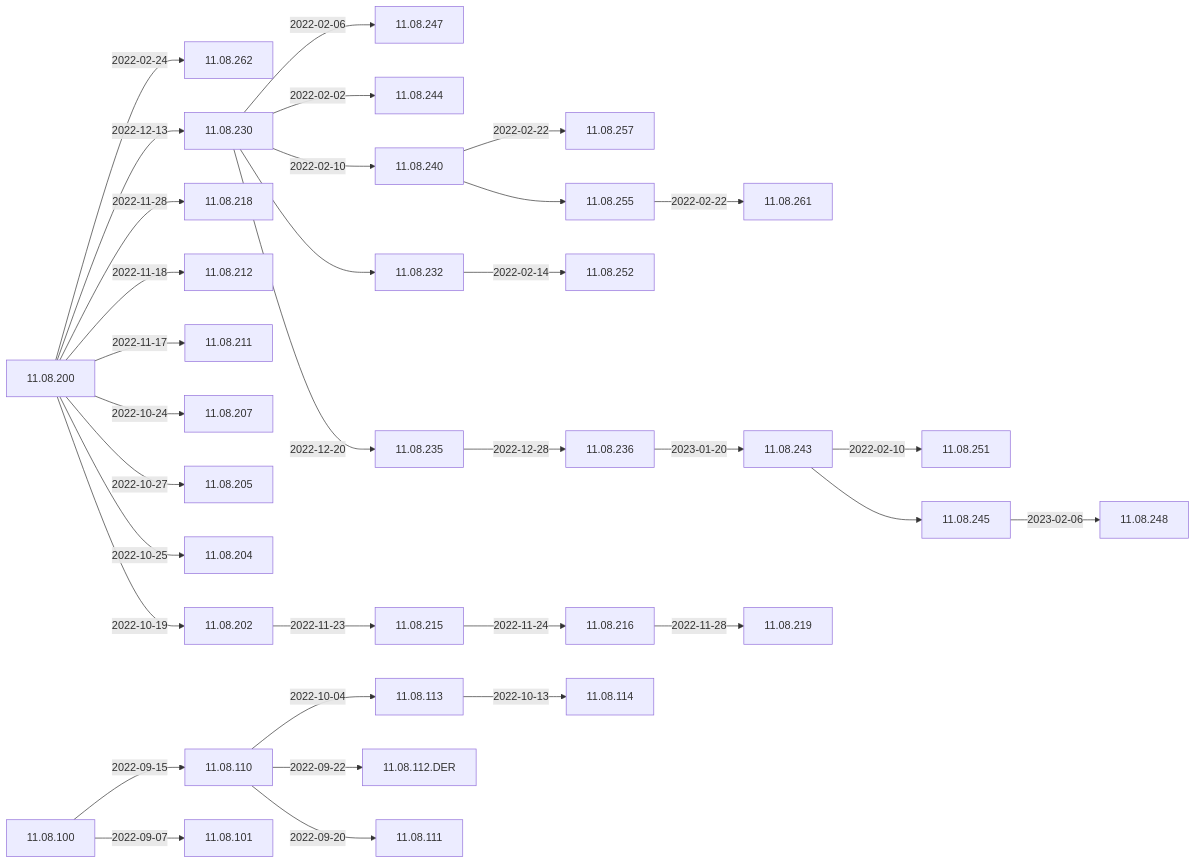
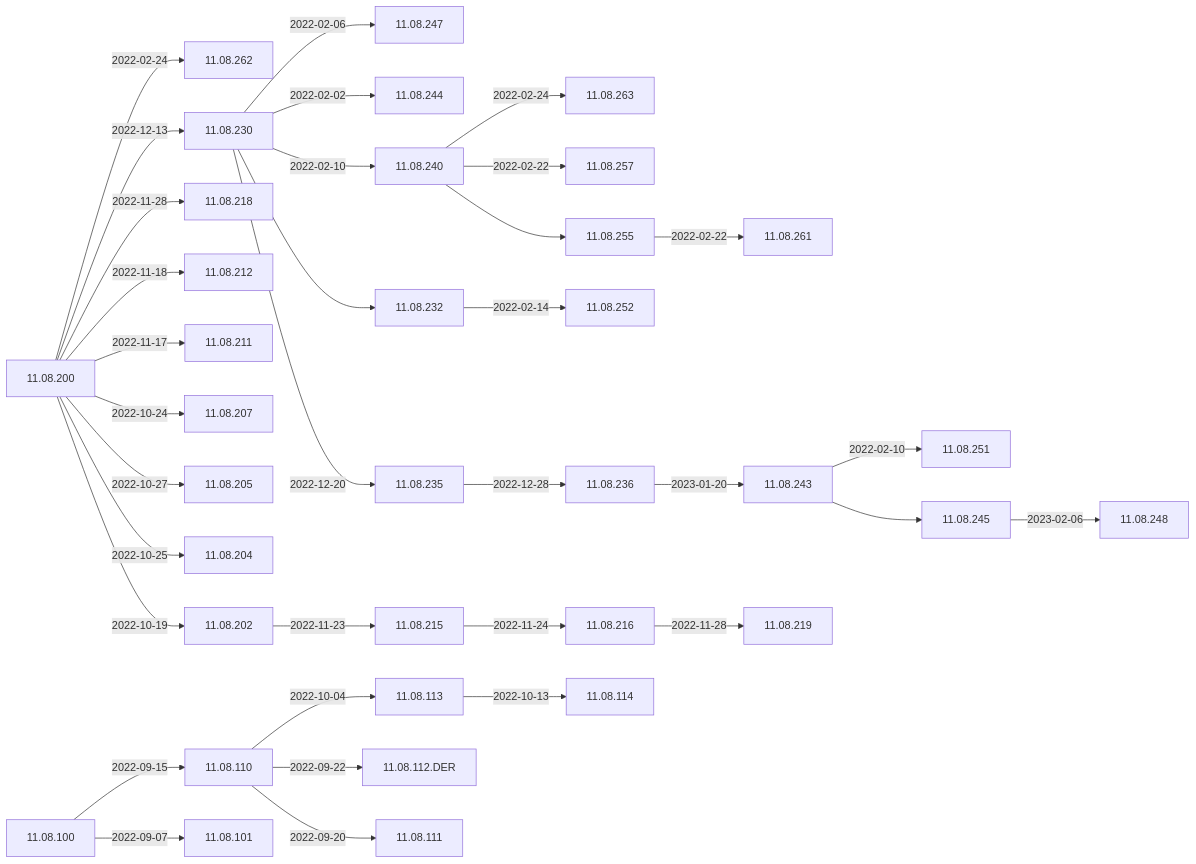
One commit to woydziak/IGEL-Docs changed the first of 3 diagrams in Docs/ReleaseNotes/01-OS11/README.md. Above: the diagram before and after it, drawn with Mermaid.

Commit message:
11.08.240 --> 11.08.263

````diff
--- a/Docs/ReleaseNotes/01-OS11/README.md
+++ b/Docs/ReleaseNotes/01-OS11/README.md
@@ -9,47 +9,49 @@
 ```mermaid
 flowchart LR
     11.08.200-- 2022-02-24 -->11.08.262
     11.08.243-- 2022-02-10 -->11.08.251
     11.08.230-- 2022-02-06 -->11.08.247
     11.08.230-- 2022-02-02 -->11.08.244
+    11.08.240-- 2022-02-24 -->11.08.263
     11.08.240-- 2022-02-22 -->11.08.257
     11.08.240-->11.08.255-- 2022-02-22 -->11.08.261
     11.08.230-- 2022-02-10 -->11.08.240
     11.08.230-->11.08.232-- 2022-02-14 -->11.08.252
     11.08.200-- 2022-12-13 -->11.08.230-- 2022-12-20 -->11.08.235-- 2022-12-28 -->11.08.236-- 2023-01-20 -->11.08.243-->11.08.245-- 2023-02-06 -->11.08.248
     11.08.200-- 2022-11-28 -->11.08.218
     11.08.200-- 2022-11-18 -->11.08.212
     11.08.200-- 2022-11-17 -->11.08.211
     11.08.200-- 2022-10-24 -->11.08.207
     11.08.200-- 2022-10-27 -->11.08.205
     11.08.200-- 2022-10-25 -->11.08.204
     11.08.200-- 2022-10-19 -->11.08.202-- 2022-11-23 -->11.08.215-- 2022-11-24 -->11.08.216-- 2022-11-28 -->11.08.219
     11.08.110-- 2022-10-04 -->11.08.113-- 2022-10-13 -->11.08.114
     11.08.110-- 2022-09-22 -->11.08.112.DER
     11.08.100-- 2022-09-15 -->11.08.110-- 2022-09-20 -->11.08.111
     11.08.100-- 2022-09-07 -->11.08.101
+    click 11.08.263 "https://github.com/IGEL-Community/IGEL-Docs/blob/main/Docs/ReleaseNotes/01-OS11/readme11.08.263.txt" "Open this in a new tab"
     click 11.08.262 "https://github.com/IGEL-Community/IGEL-Docs/blob/main/Docs/ReleaseNotes/01-OS11/readme11.08.262.txt" "Open this in a new tab"
     click 11.08.261 "https://github.com/IGEL-Community/IGEL-Docs/blob/main/Docs/ReleaseNotes/01-OS11/readme11.08.261.txt" "Open this in a new tab"
     click 11.08.257 "https://github.com/IGEL-Community/IGEL-Docs/blob/main/Docs/ReleaseNotes/01-OS11/readme11.08.257.txt" "Open this in a new tab"
     click 11.08.252 "https://github.com/IGEL-Community/IGEL-Docs/blob/main/Docs/ReleaseNotes/01-OS11/readme11.08.252.txt" "Open this in a new tab"
     click 11.08.251 "https://github.com/IGEL-Community/IGEL-Docs/blob/main/Docs/ReleaseNotes/01-OS11/readme11.08.251.txt" "Open this in a new tab"
     click 11.08.248 "https://github.com/IGEL-Community/IGEL-Docs/blob/main/Docs/ReleaseNotes/01-OS11/readme11.08.248.txt" "Open this in a new tab"
     click 11.08.247 "https://github.com/IGEL-Community/IGEL-Docs/blob/main/Docs/ReleaseNotes/01-OS11/readme11.08.247.txt" "Open this in a new tab"
     click 11.08.244 "https://github.com/IGEL-Community/IGEL-Docs/blob/main/Docs/ReleaseNotes/01-OS11/readme11.08.244.txt" "Open this in a new tab"
     click 11.08.243 "https://github.com/IGEL-Community/IGEL-Docs/blob/main/Docs/ReleaseNotes/01-OS11/readme11.08.243.txt" "Open this in a new tab"
     click 11.08.240 "https://github.com/IGEL-Community/IGEL-Docs/blob/main/Docs/ReleaseNotes/01-OS11/readme11.08.240.txt" "Open this in a new tab"
     click 11.08.236 "https://github.com/IGEL-Community/IGEL-Docs/blob/main/Docs/ReleaseNotes/01-OS11/readme11.08.236.txt" "Open this in a new tab"
     click 11.08.235 "https://github.com/IGEL-Community/IGEL-Docs/blob/main/Docs/ReleaseNotes/01-OS11/readme11.08.235.txt" "Open this in a new tab"
     click 11.08.230 "https://github.com/IGEL-Community/IGEL-Docs/blob/main/Docs/ReleaseNotes/01-OS11/readme11.08.230.txt" "Open this in a new tab"
     click 11.08.219 "https://github.com/IGEL-Community/IGEL-Docs/blob/main/Docs/ReleaseNotes/01-OS11/readme11.08.219.txt" "Open this in a new tab"
     click 11.08.218 "https://github.com/IGEL-Community/IGEL-Docs/blob/main/Docs/ReleaseNotes/01-OS11/readme11.08.218.txt" "Open this in a new tab"
     click 11.08.216 "https://github.com/IGEL-Community/IGEL-Docs/blob/main/Docs/ReleaseNotes/01-OS11/readme11.08.216.txt" "Open this in a new tab"
     click 11.08.215 "https://github.com/IGEL-Community/IGEL-Docs/blob/main/Docs/ReleaseNotes/01-OS11/readme11.08.215.txt" "Open this in a new tab"
     click 11.08.212 "https://github.com/IGEL-Community/IGEL-Docs/blob/main/Docs/ReleaseNotes/01-OS11/readme11.08.212.txt" "Open this in a new tab"
     click 11.08.211 "https://github.com/IGEL-Community/IGEL-Docs/blob/main/Docs/ReleaseNotes/01-OS11/readme11.08.211.txt" "Open this in a new tab"
     click 11.08.207 "https://github.com/IGEL-Community/IGEL-Docs/blob/main/Docs/ReleaseNotes/01-OS11/readme11.08.207.txt" "Open this in a new tab"
     click 11.08.205 "https://github.com/IGEL-Community/IGEL-Docs/blob/main/Docs/ReleaseNotes/01-OS11/readme11.08.205.txt" "Open this in a new tab"
     click 11.08.204 "https://github.com/IGEL-Community/IGEL-Docs/blob/main/Docs/ReleaseNotes/01-OS11/readme11.08.204.txt" "Open this in a new tab"
     click 11.08.202 "https://github.com/IGEL-Community/IGEL-Docs/blob/main/Docs/ReleaseNotes/01-OS11/readme11.08.202.txt" "Open this in a new tab"
     click 11.08.200 "https://github.com/IGEL-Community/IGEL-Docs/blob/main/Docs/ReleaseNotes/01-OS11/readme11.08.200.txt" "Open this in a new tab"
 ```
````
